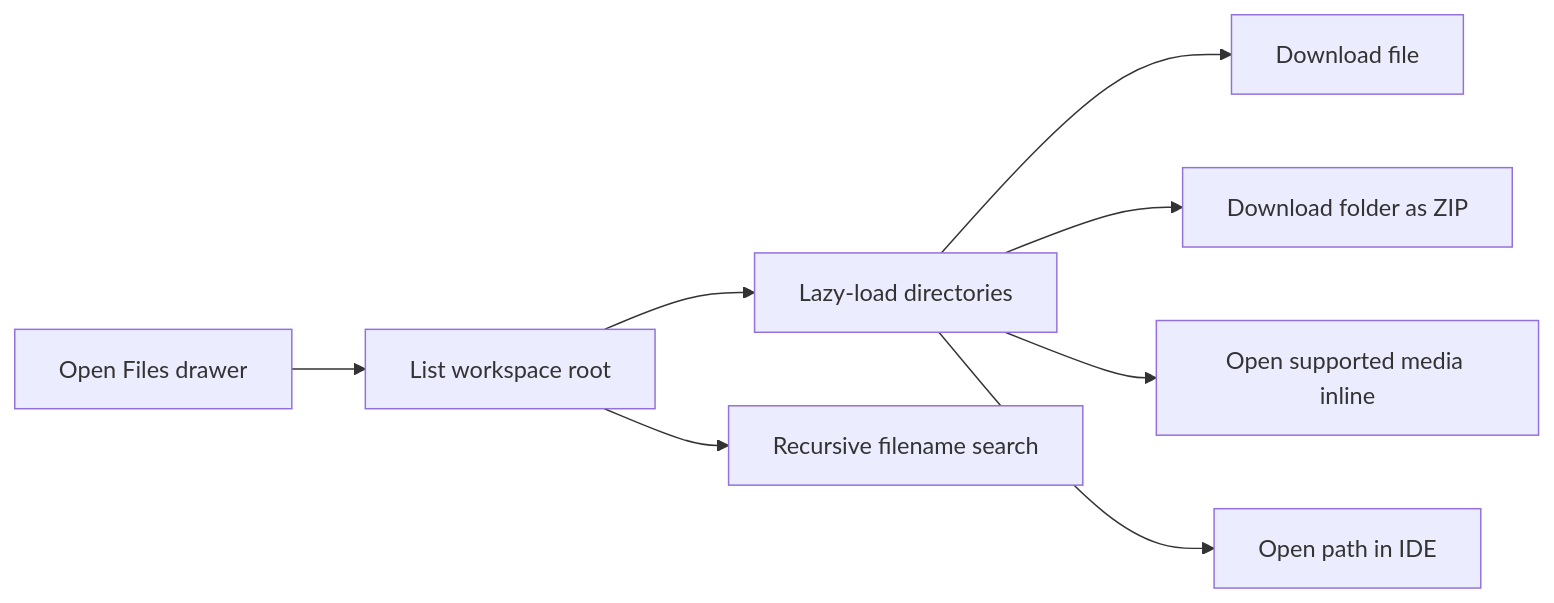
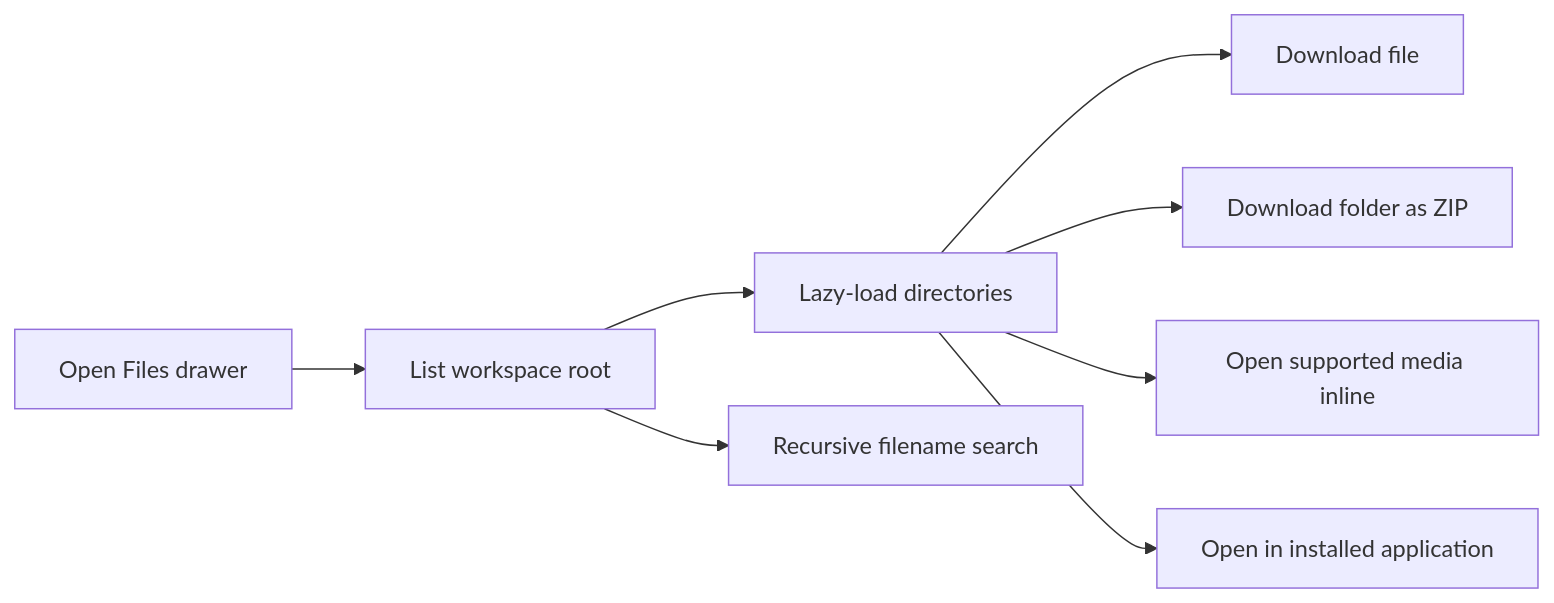
The third of 5 diagrams in docs/02-workspaces/05-workspace-tools.md (Ahmedwaleed22/remote.futrx), drawn with Mermaid before and after one commit. The commit also changed other lines of this file and 80 other files, not shown here.

First line of the commit message:
feat(code-server): replace built-in editor with an independent application

````diff
--- a/docs/02-workspaces/05-workspace-tools.md
+++ b/docs/02-workspaces/05-workspace-tools.md
@@ -64,10 +64,10 @@
 ```mermaid
 flowchart LR
     Open["Open Files drawer"] --> Root["List workspace root"]
     Root --> Expand["Lazy-load directories"]
     Root --> Search["Recursive filename search"]
     Expand --> Download["Download file"]
     Expand --> Zip["Download folder as ZIP"]
     Expand --> Media["Open supported media inline"]
-    Expand --> IDE["Open path in IDE"]
+    Expand --> Editor["Open in installed application"]
 ```
````
